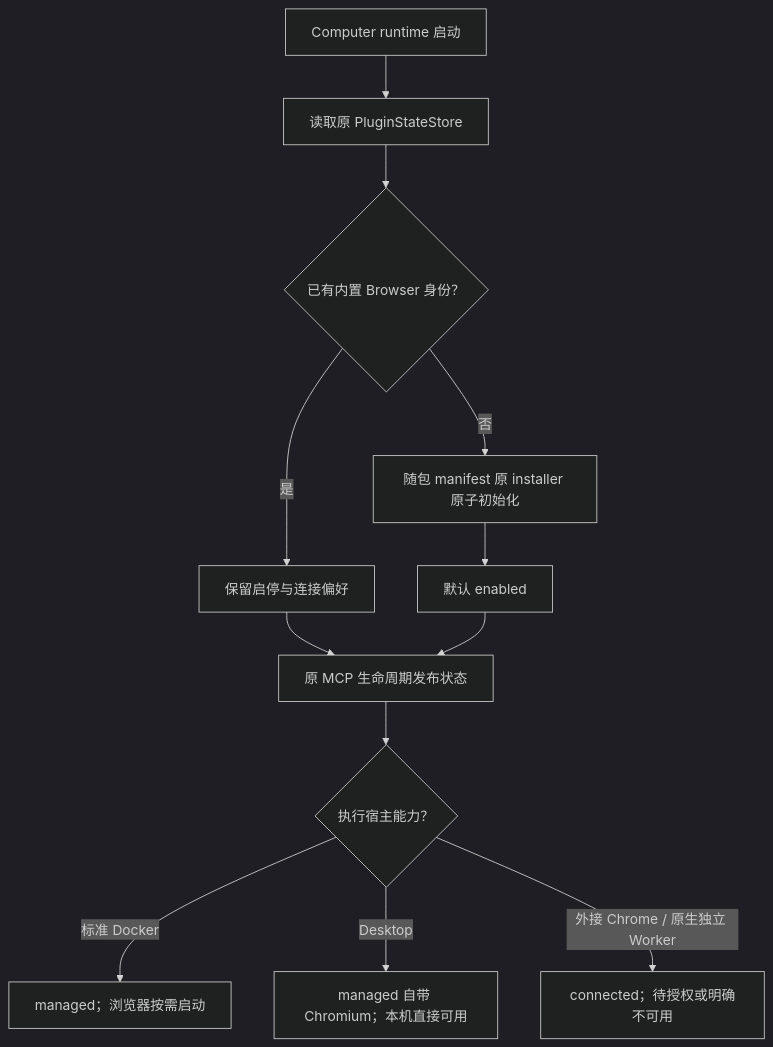
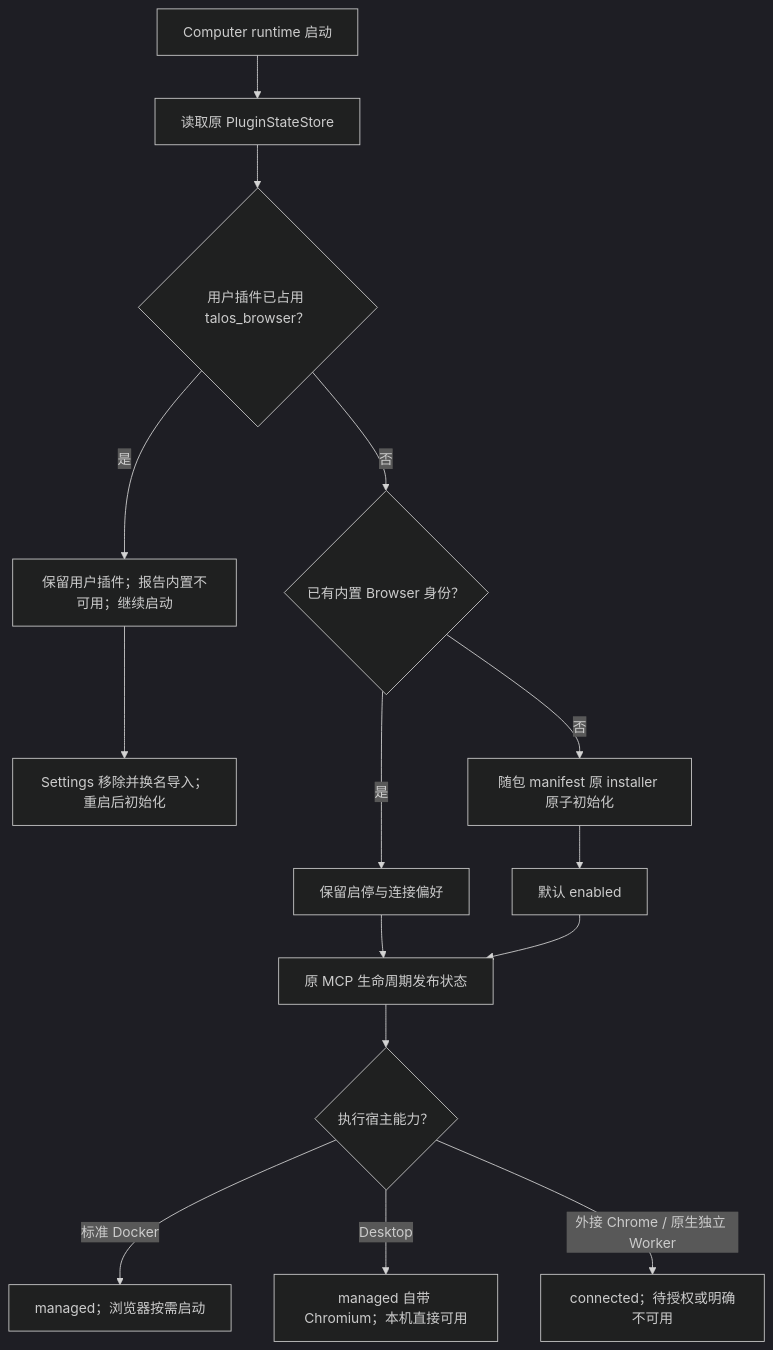
One commit to apilots/talos changed the fourth of 8 diagrams in spec/feat-047-browser-computer-desktop/design.md. Above: the diagram before and after it, drawn with Mermaid (dark theme). The commit also changed other lines of this file and 16 other files, not shown here.

````diff
--- a/spec/feat-047-browser-computer-desktop/design.md
+++ b/spec/feat-047-browser-computer-desktop/design.md
@@ -257,14 +257,17 @@
 ```mermaid
 flowchart TD
   Boot["Computer runtime 启动"] --> Read["读取原 PluginStateStore"]
-  Read --> Exists{"已有内置 Browser 身份？"}
+  Read --> Collision{"用户插件已占用 talos_browser？"}
+  Collision -->|"是"| Unavailable["保留用户插件；报告内置不可用；继续启动"]
+  Unavailable --> Recover["Settings 移除并换名导入；重启后初始化"]
+  Collision -->|"否"| Exists{"已有内置 Browser 身份？"}
   Exists -->|"是"| Keep["保留启停与连接偏好"]
   Exists -->|"否"| Add["随包 manifest 原 installer 原子初始化"]
   Add --> Enabled["默认 enabled"]
   Keep --> Publish["原 MCP 生命周期发布状态"]
   Enabled --> Publish
   Publish --> Host{"执行宿主能力？"}
   Host -->|"标准 Docker"| Managed["managed；浏览器按需启动"]
   Host -->|"Desktop"| Local["managed 自带 Chromium；本机直接可用"]
   Host -->|"外接 Chrome / 原生独立 Worker"| Connect["connected；待授权或明确不可用"]
 ```
````
